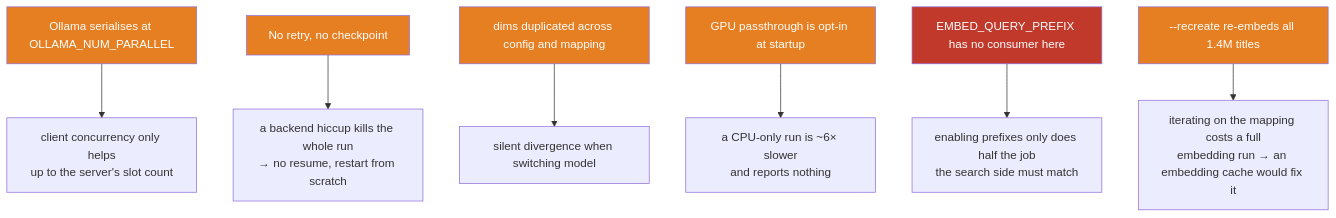
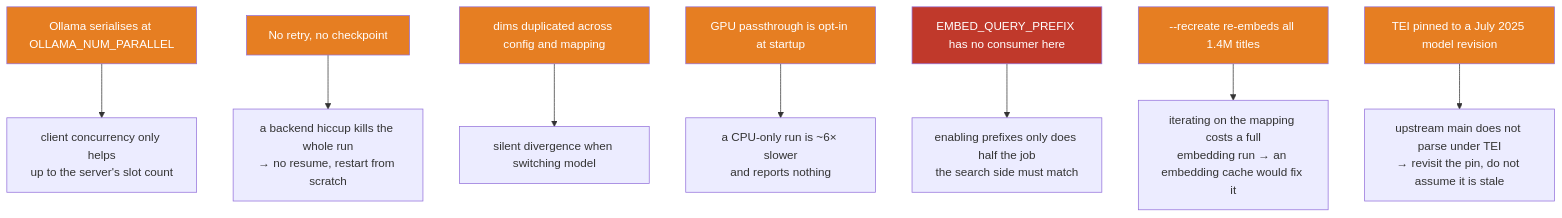
Before and after one commit to Guillaume-Gozillon/search-lab-ingest: the seventh of 7 diagrams in article-02-vector-ingestion/ARCHITECTURE.md, drawn with Mermaid. The commit also changed 2 other files, not shown here.

Commit message:
Pin the TEI model revision: upstream config.json no longer parses

````diff
--- a/article-02-vector-ingestion/ARCHITECTURE.md
+++ b/article-02-vector-ingestion/ARCHITECTURE.md
@@ -197,16 +197,18 @@
 ```mermaid
 flowchart TD
     L1["Ollama serialises at OLLAMA_NUM_PARALLEL"] --> I1["client concurrency only helps<br/>up to the server's slot count"]
     L2["No retry, no checkpoint"] --> I2["a backend hiccup kills the whole run<br/>→ no resume, restart from scratch"]
     L3["dims duplicated across config and mapping"] --> I3["silent divergence when switching model"]
     L4["GPU passthrough is opt-in at startup"] --> I4["a CPU-only run is ~6× slower<br/>and reports nothing"]
     L5["EMBED_QUERY_PREFIX has no consumer here"] --> I5["enabling prefixes only does half the job<br/>the search side must match"]
     L6["--recreate re-embeds all 1.4M titles"] --> I6["iterating on the mapping costs a full<br/>embedding run → an embedding cache would fix it"]
+    L7["TEI pinned to a July 2025 model revision"] --> I7["upstream main does not parse under TEI<br/>→ revisit the pin, do not assume it is stale"]
 
     style L1 fill:#e67e22,color:#fff
     style L2 fill:#e67e22,color:#fff
     style L3 fill:#e67e22,color:#fff
     style L4 fill:#e67e22,color:#fff
     style L5 fill:#c0392b,color:#fff
     style L6 fill:#e67e22,color:#fff
+    style L7 fill:#e67e22,color:#fff
 ```
````
